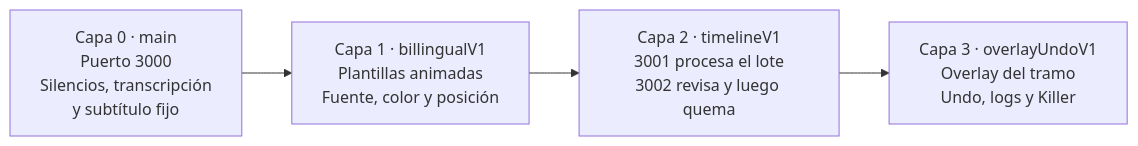
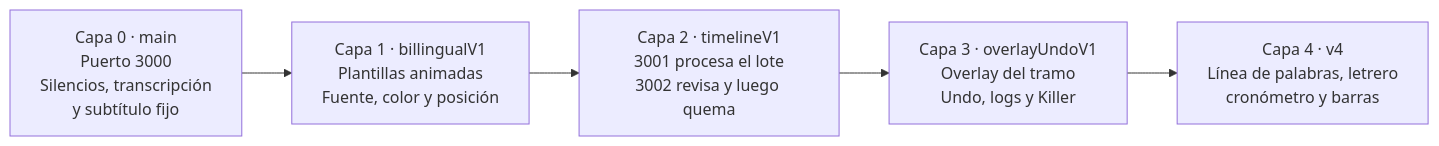
The first of 2 diagrams in README.md (Juan9201/CC-V1), drawn with Mermaid before and after one commit. The commit also changed other lines of this file and 9 other files, not shown here.

````diff
--- a/README.md
+++ b/README.md
@@ -7,8 +7,9 @@
 ```mermaid
 flowchart LR
   c0["Capa 0 · main<br/>Puerto 3000<br/>Silencios, transcripción<br/>y subtítulo fijo"]
   c1["Capa 1 · billingualV1<br/>Plantillas animadas<br/>Fuente, color y posición"]
   c2["Capa 2 · timelineV1<br/>3001 procesa el lote<br/>3002 revisa y luego quema"]
   c3["Capa 3 · overlayUndoV1<br/>Overlay del tramo<br/>Undo, logs y Killer"]
-  c0 --> c1 --> c2 --> c3
+  c4["Capa 4 · v4<br/>Línea de palabras, letrero<br/>cronómetro y barras"]
+  c0 --> c1 --> c2 --> c3 --> c4
 ```
````
